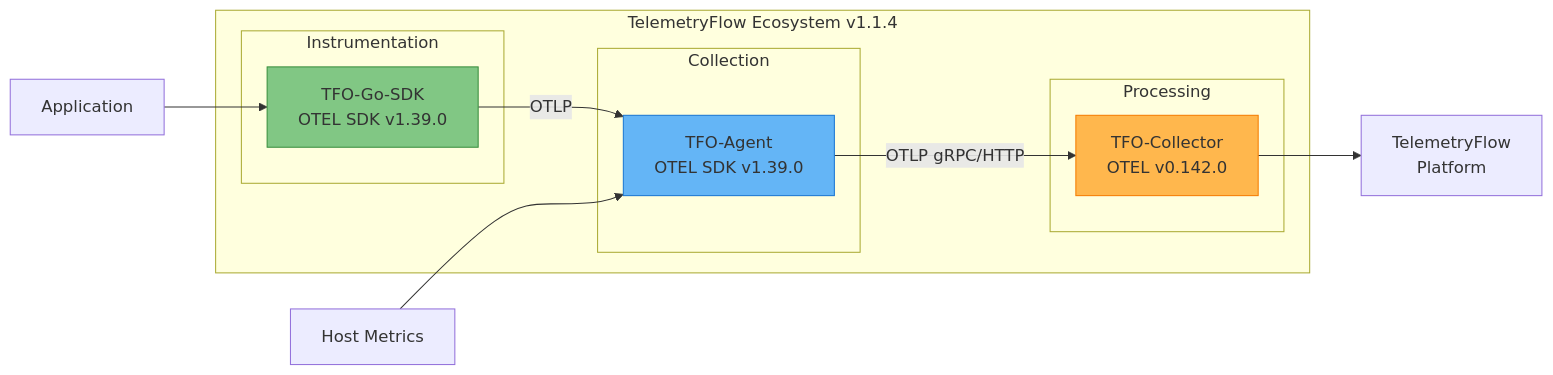
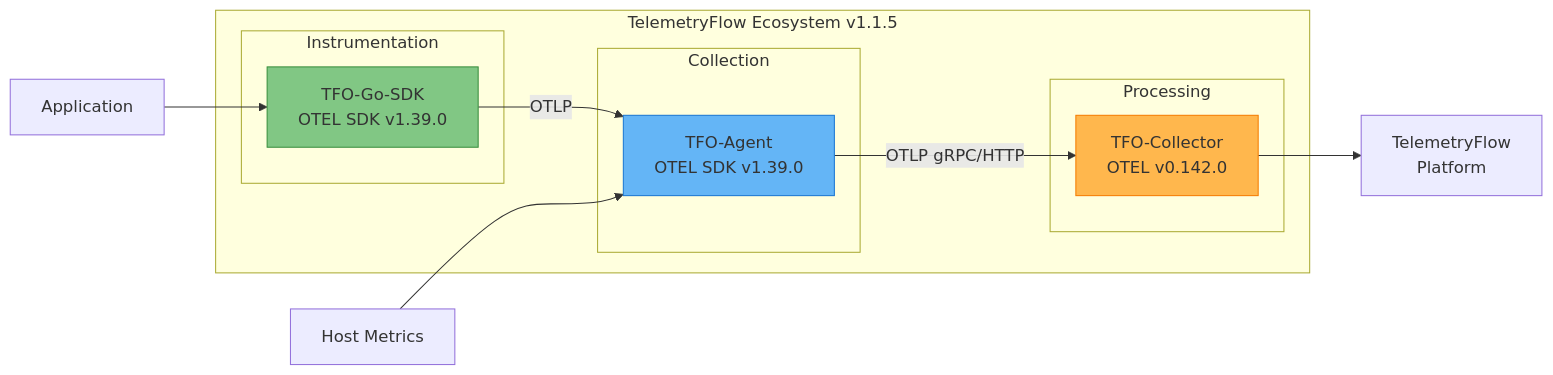
The diagram in README.md (telemetryflow/telemetryflow-agent), drawn with Mermaid before and after one commit. The commit also changed other lines of this file and 41 other files, not shown here.

````diff
--- a/README.md
+++ b/README.md
@@ -33,26 +33,26 @@
 ```mermaid
 graph LR
-    subgraph "TelemetryFlow Ecosystem v1.1.4"
+    subgraph "TelemetryFlow Ecosystem v1.1.5"
         subgraph "Instrumentation"
             SDK[TFO-Go-SDK<br/>OTEL SDK v1.39.0]
         end
 
         subgraph "Collection"
             AGENT[TFO-Agent<br/>OTEL SDK v1.39.0]
         end
 
         subgraph "Processing"
             COLLECTOR[TFO-Collector<br/>OTEL v0.142.0]
         end
     end
 
     APP[Application] --> SDK
     SDK -->|OTLP| AGENT
     HOST[Host Metrics] --> AGENT
     AGENT -->|OTLP gRPC/HTTP| COLLECTOR
     COLLECTOR --> BACKEND[TelemetryFlow<br/>Platform]
 
     style SDK fill:#81C784,stroke:#388E3C
     style AGENT fill:#64B5F6,stroke:#1976D2
     style COLLECTOR fill:#FFB74D,stroke:#F57C00
 ```
````
